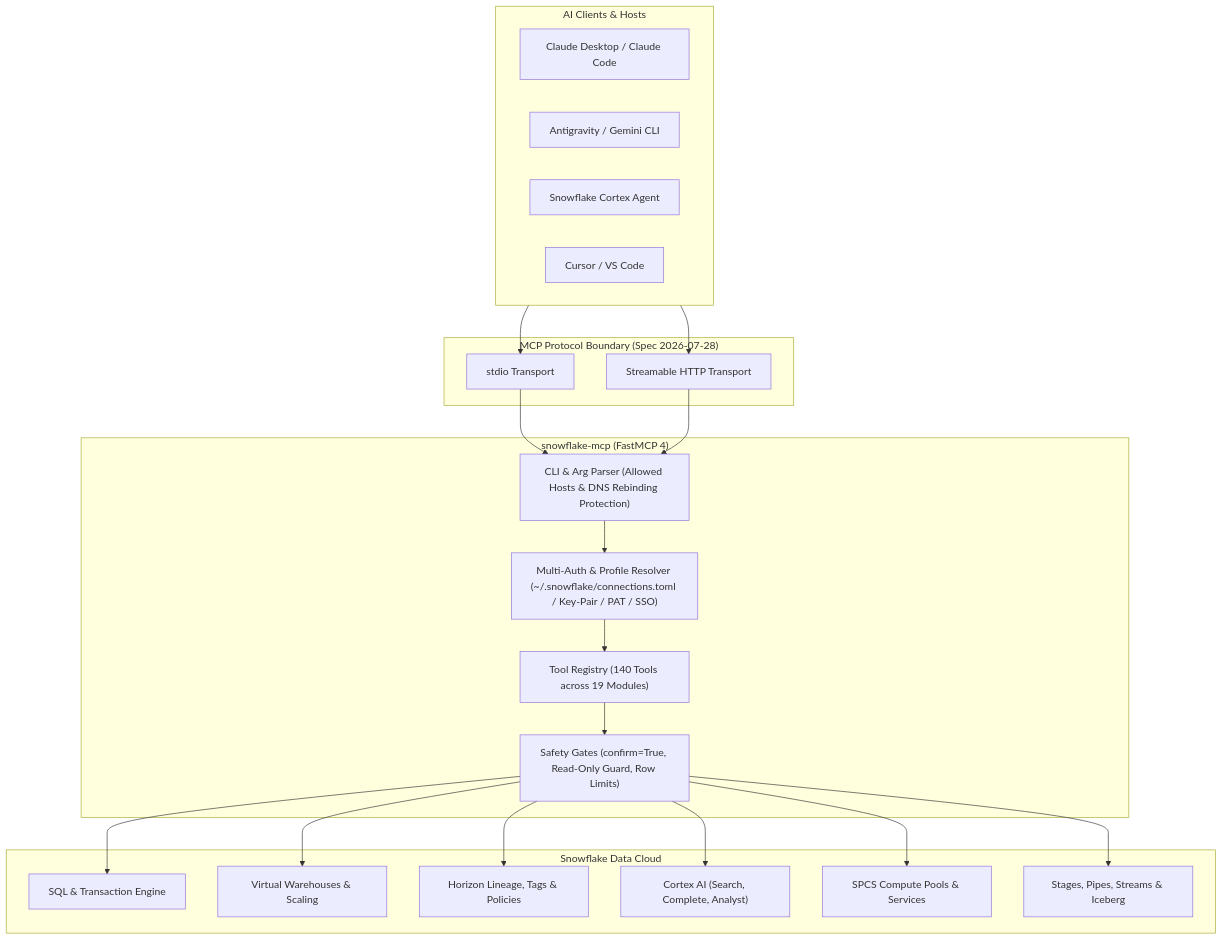
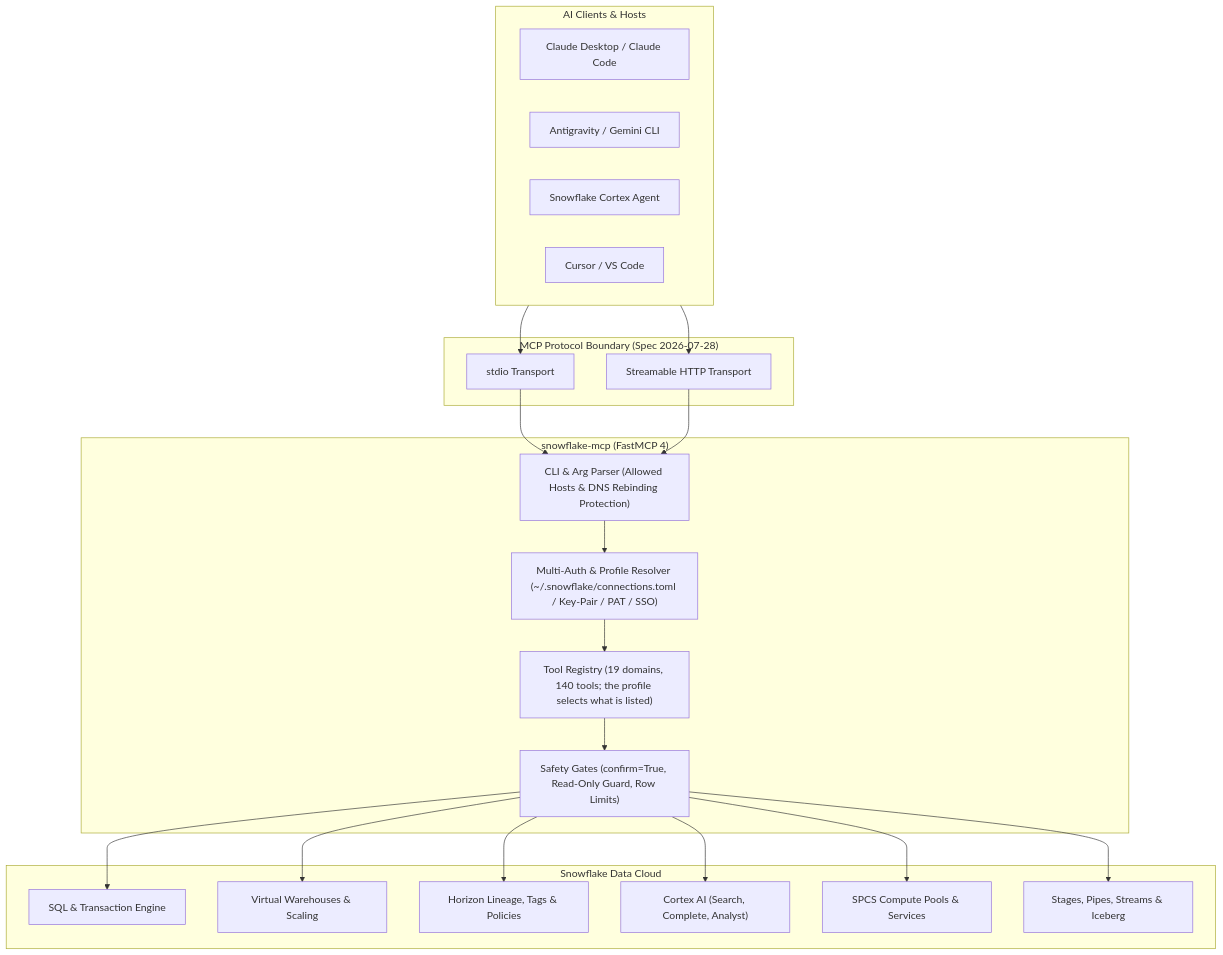
The diagram in README.md (christianclaudio/mcp-server-snowflake), drawn with Mermaid before and after one commit. The commit also changed other lines of this file and 4 other files, not shown here.

````diff
--- a/README.md
+++ b/README.md
@@ -18,37 +18,37 @@
 ```mermaid
 flowchart TD
     subgraph Clients["AI Clients & Hosts"]
         Claude["Claude Desktop / Claude Code"]
         Antigravity["Antigravity / Gemini CLI"]
         CortexClient["Snowflake Cortex Agent"]
         Cursor["Cursor / VS Code"]
     end
 
     subgraph Protocol["MCP Protocol Boundary (Spec 2026-07-28)"]
         STDIO["stdio Transport"]
         HTTP["Streamable HTTP Transport"]
     end
 
     subgraph Server["snowflake-mcp (FastMCP 4)"]
         CLI["CLI & Arg Parser (Allowed Hosts & DNS Rebinding Protection)"]
         Auth["Multi-Auth & Profile Resolver (~/.snowflake/connections.toml / Key-Pair / PAT / SSO)"]
-        Registry["Tool Registry (140 Tools across 19 Modules)"]
+        Registry["Tool Registry (19 domains, 140 tools; the profile selects what is listed)"]
         Safety["Safety Gates (confirm=True, Read-Only Guard, Row Limits)"]
     end
 
     subgraph Cloud["Snowflake Data Cloud"]
         SQL["SQL & Transaction Engine"]
         Warehouses["Virtual Warehouses & Scaling"]
         Horizon["Horizon Lineage, Tags & Policies"]
         Cortex["Cortex AI (Search, Complete, Analyst)"]
         SPCS["SPCS Compute Pools & Services"]
         Storage["Stages, Pipes, Streams & Iceberg"]
     end
 
     Clients --> STDIO & HTTP
     STDIO & HTTP --> CLI
     CLI --> Auth
     Auth --> Registry
     Registry --> Safety
     Safety --> SQL & Warehouses & Horizon & Cortex & SPCS & Storage
 ```
````
